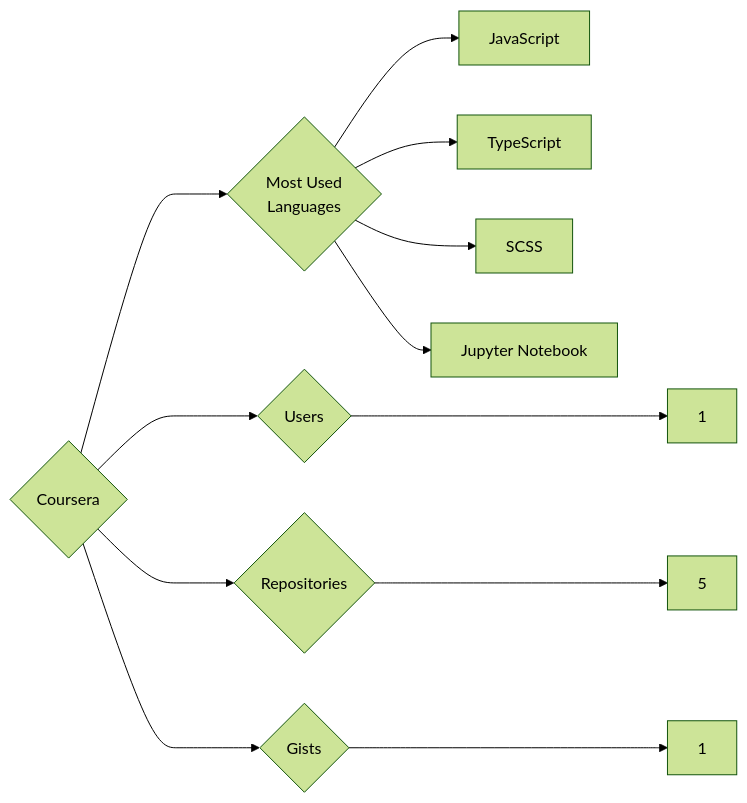
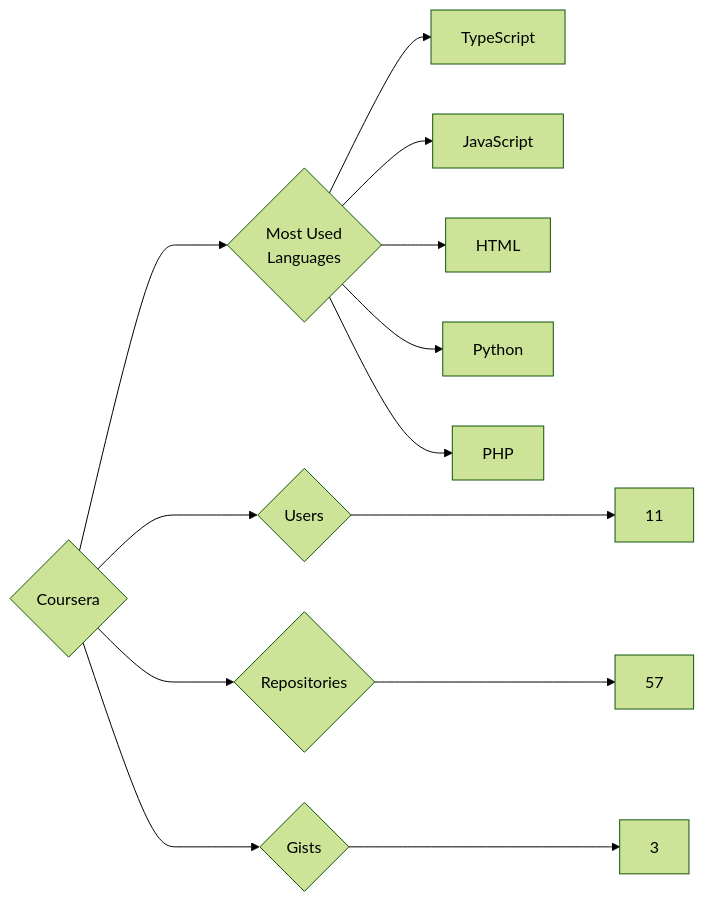
One commit to trickest/insiders changed the diagram in targets/Coursera/README.md. Above: the diagram before and after it, drawn with Mermaid (forest theme). The commit also changed 814 other files, not shown here.

````diff
--- a/targets/Coursera/README.md
+++ b/targets/Coursera/README.md
@@ -3,12 +3,13 @@
 ```mermaid
 graph LR
 COMPANY_NAME{Coursera}
-COMPANY_NAME ---> U{Users} ---> UN[1]
-COMPANY_NAME ---> R{Repositories} ---> RN[5]
-COMPANY_NAME ---> G{Gists} ---> GN[1]
+COMPANY_NAME ---> U{Users} ---> UN[11]
+COMPANY_NAME ---> R{Repositories} ---> RN[57]
+COMPANY_NAME ---> G{Gists} ---> GN[3]
 COMPANY_NAME ---> ML{Most Used<br>Languages}
+ML --> TypeScript[TypeScript]
 ML --> JavaScript[JavaScript]
-ML --> TypeScript[TypeScript]
-ML --> SCSS[SCSS]
-ML --> Jupyter_Notebook[Jupyter Notebook]
+ML --> HTML[HTML]
+ML --> Python[Python]
+ML --> PHP[PHP]
 ```
````
